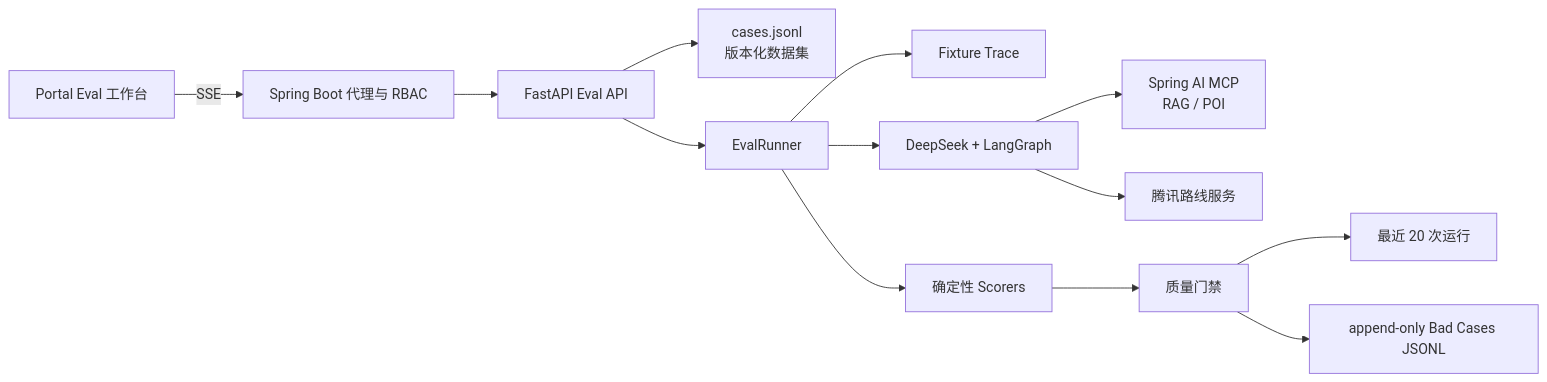
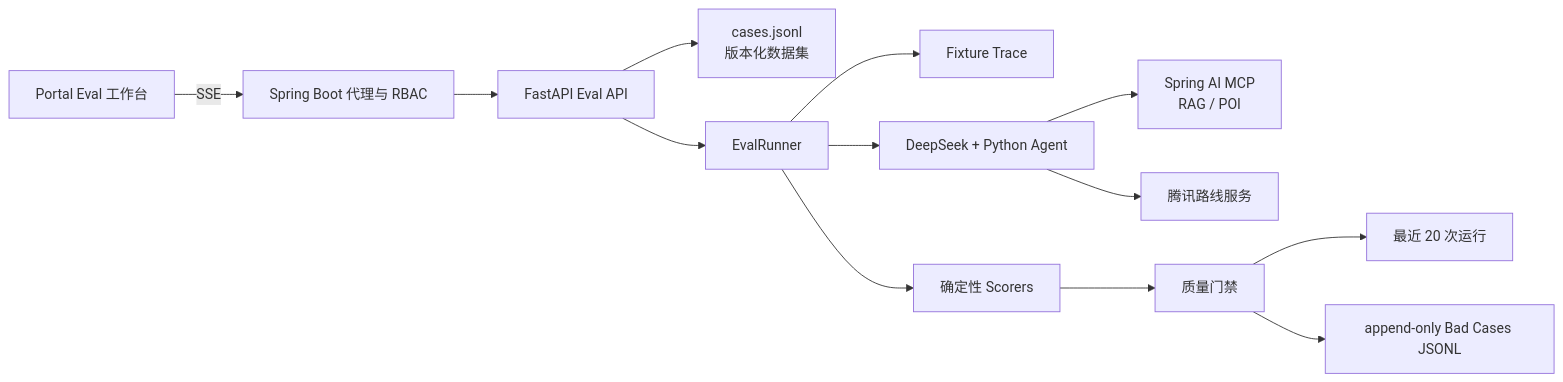
Before and after one commit to BUAA2026SE-404NotFound/TimeCampus: the first of 2 diagrams in docs/agent-evaluation.md, drawn with Mermaid. The commit also changed other lines of this file and 6 other files, not shown here.

Commit message:
Document pure Python agent runtime

````diff
--- a/docs/agent-evaluation.md
+++ b/docs/agent-evaluation.md
@@ -7,15 +7,15 @@
 ```mermaid
 flowchart LR
     UI["Portal Eval 工作台"] -->|"SSE"| Backend["Spring Boot 代理与 RBAC"]
     Backend --> Agent["FastAPI Eval API"]
     Agent --> Dataset["cases.jsonl\n版本化数据集"]
     Agent --> Runner["EvalRunner"]
     Runner --> Fixture["Fixture Trace"]
-    Runner --> Live["DeepSeek + LangGraph"]
+    Runner --> Live["DeepSeek + Python Agent"]
     Live --> MCP["Spring AI MCP\nRAG / POI"]
     Live --> Route["腾讯路线服务"]
     Runner --> Scorers["确定性 Scorers"]
     Scorers --> Gate["质量门禁"]
     Gate --> History["最近 20 次运行"]
     Gate --> BadCases["append-only Bad Cases JSONL"]
 ```
````
